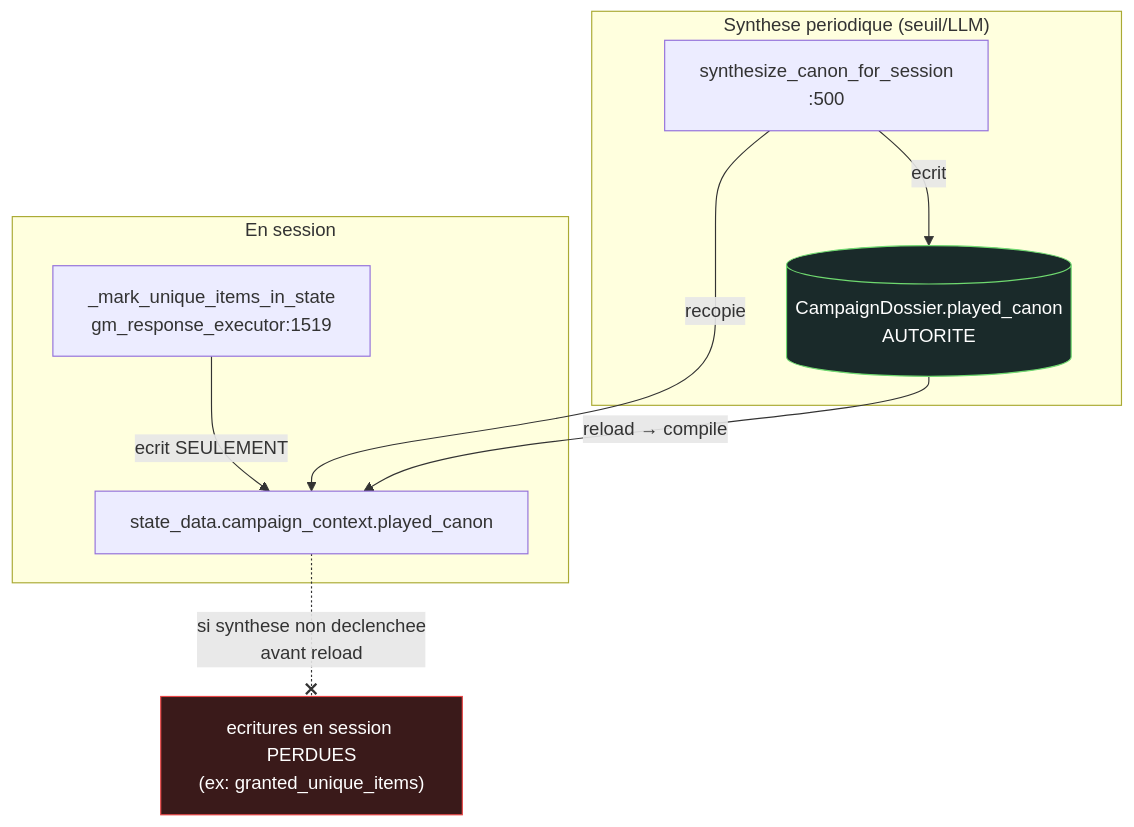
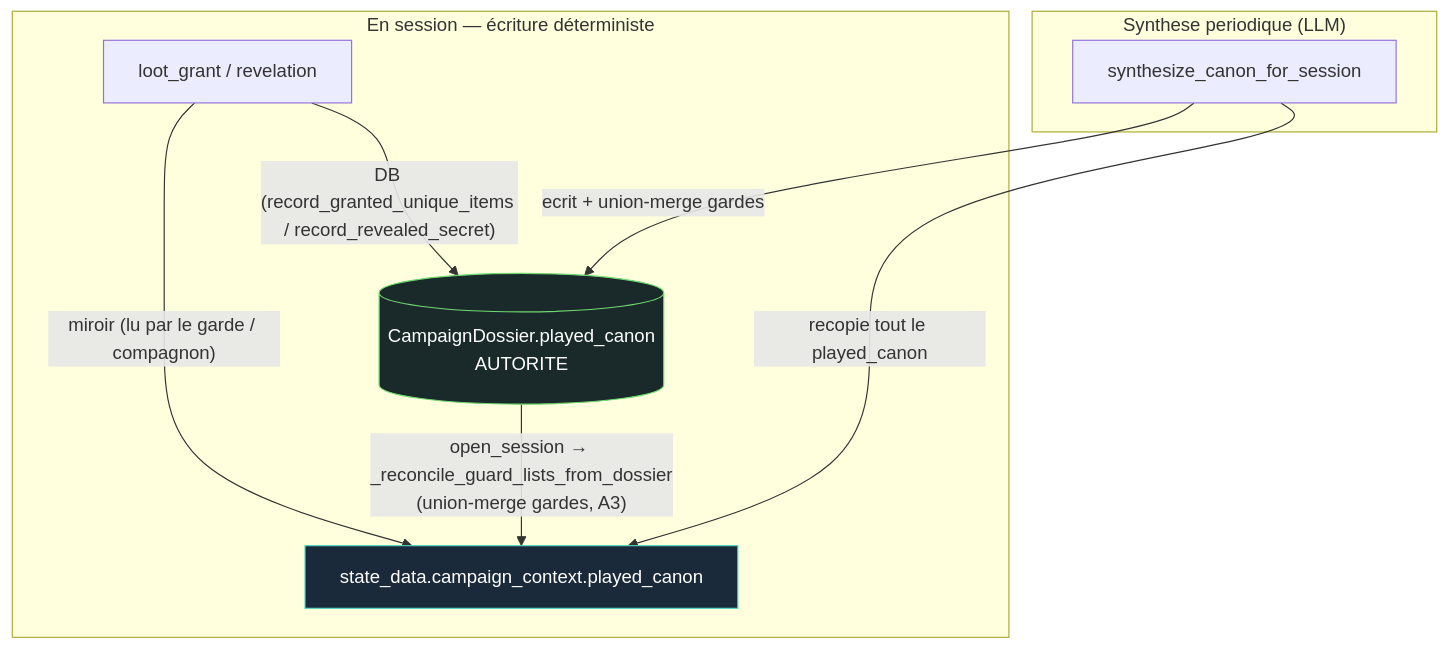
The sixth of 6 diagrams in docs/audit-data-flow-gm.md (ChristopheM44/RpgMaster), drawn with Mermaid before and after one commit. The commit also changed other lines of this file and 2 other files, not shown here.

````diff
--- a/docs/audit-data-flow-gm.md
+++ b/docs/audit-data-flow-gm.md
@@ -190,20 +192,19 @@
 ```mermaid
 flowchart TB
-    subgraph SESSION["En session"]
-        ME["_mark_unique_items_in_state<br/>gm_response_executor:1519"]
-        ME -->|ecrit SEULEMENT| MIR["state_data.campaign_context.played_canon"]
+    subgraph SESSION["En session — écriture déterministe"]
+        GR["loot_grant / revelation"]
+        GR -->|"miroir (lu par le garde / compagnon)"| MIR["state_data.campaign_context.played_canon"]
+        GR -->|"DB (record_granted_unique_items / record_revealed_secret)"| DBC[("CampaignDossier.played_canon<br/>AUTORITE")]
     end
 
-    subgraph SYNTH["Synthese periodique (seuil/LLM)"]
-        SY["synthesize_canon_for_session<br/>:500"]
-        SY -->|ecrit| DBC[("CampaignDossier.played_canon<br/>AUTORITE")]
-        SY -->|recopie| MIR
+    subgraph SYNTH["Synthese periodique (LLM)"]
+        SY["synthesize_canon_for_session"]
+        SY -->|"ecrit + union-merge gardes"| DBC
+        SY -->|"recopie tout le played_canon"| MIR
     end
 
-    DBC -->|"reload → compile"| MIR
+    DBC -->|"open_session → _reconcile_guard_lists_from_dossier<br/>(union-merge gardes, A3)"| MIR
 
-    MIR -. "si synthese non declenchee<br/>avant reload" .-x LOSS["ecritures en session PERDUES<br/>(ex: granted_unique_items)"]
-
-    style LOSS fill:#3a1a1a,stroke:#e84545,color:#fff
     style DBC fill:#1a2a2a,stroke:#6fd96f,color:#fff
+    style MIR fill:#1a2a3a,stroke:#4fd8c0,color:#fff
 ```
````
